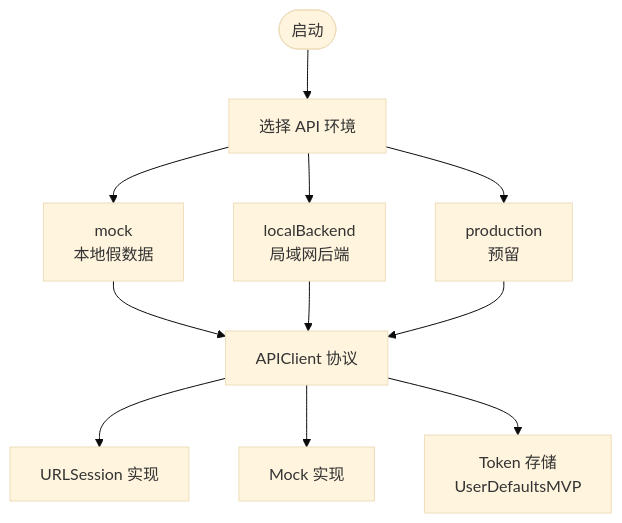
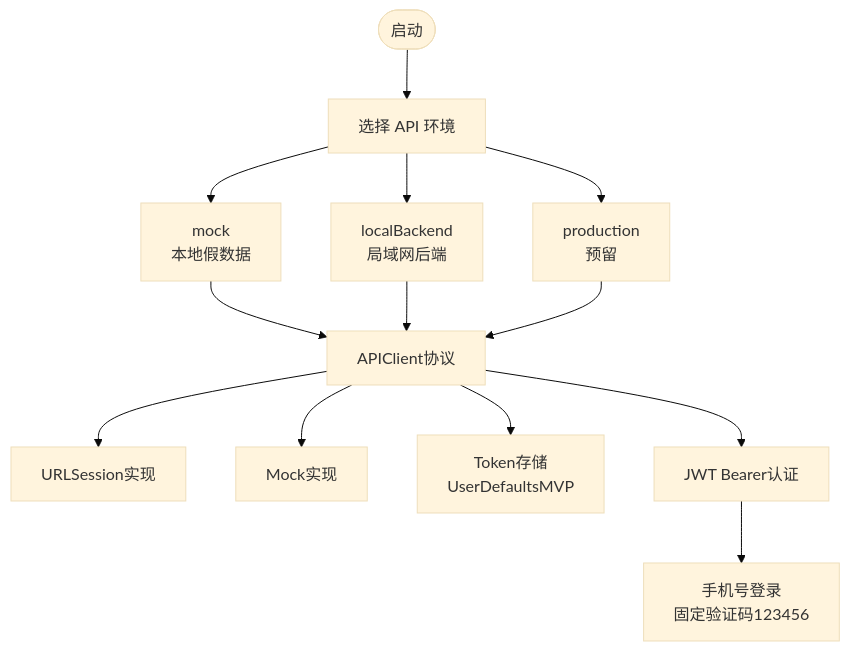
One commit to Jayden23018/blind-run-ios changed the fourth of 9 diagrams in .qoder/repowiki/zh/content/架构设计/架构设计.md. Above: the diagram before and after it, drawn with Mermaid (base theme). The commit also changed other lines of this file and 10 other files, not shown here.

````diff
--- a/.qoder/repowiki/zh/content/架构设计/架构设计.md
+++ b/.qoder/repowiki/zh/content/架构设计/架构设计.md
@@ -209,13 +258,15 @@
 ```mermaid
 flowchart TD
 Start(["启动"]) --> ChooseEnv["选择 API 环境"]
 ChooseEnv --> Mock["mock<br/>本地假数据"]
 ChooseEnv --> Local["localBackend<br/>局域网后端"]
 ChooseEnv --> Prod["production<br/>预留"]
-Mock --> APIClient["APIClient 协议"]
+Mock --> APIClient["APIClient协议"]
 Local --> APIClient
 Prod --> APIClient
-APIClient --> URLSession["URLSession 实现"]
-APIClient --> MockImpl["Mock 实现"]
-APIClient --> TokenStore["Token 存储<br/>UserDefaultsMVP"]
+APIClient --> URLSession["URLSession实现"]
+APIClient --> MockImpl["Mock实现"]
+APIClient --> TokenStore["Token存储<br/>UserDefaultsMVP"]
+APIClient --> JWT["JWT Bearer认证"]
+JWT --> PhoneLogin["手机号登录<br/>固定验证码123456"]
 ```
````
